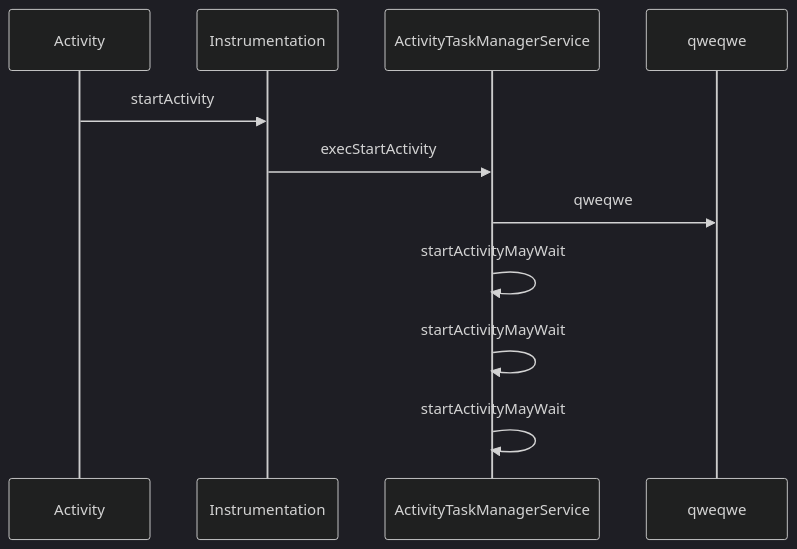
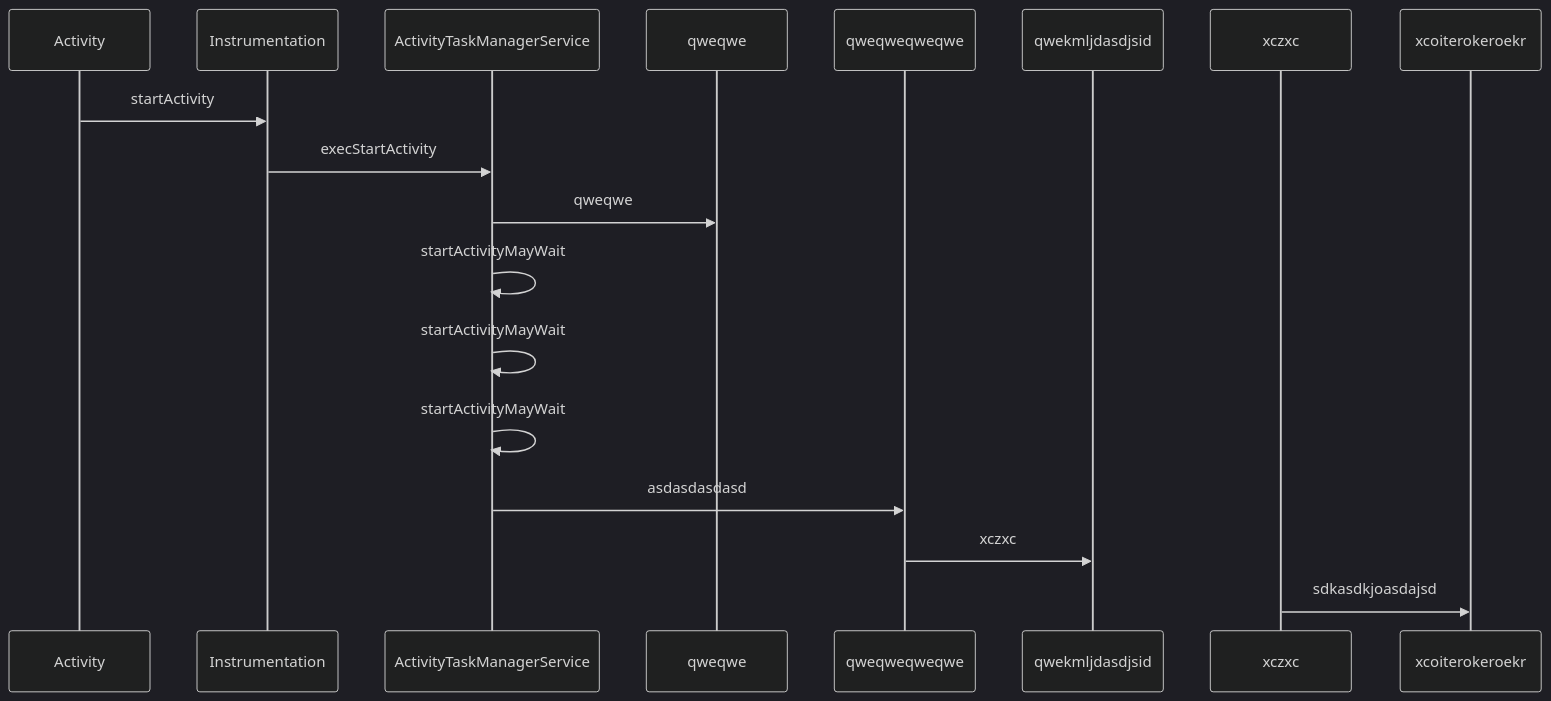
One commit to sweetwong/Android-Interview-QA changed the diagram in test.md. Above: the diagram before and after it, drawn with Mermaid (dark theme).

````diff
--- a/test.md
+++ b/test.md
@@ -1,14 +1,17 @@
 ```mermaid
 
 sequenceDiagram
 
 Activity->>Instrumentation:startActivity
 Instrumentation->>ActivityTaskManagerService:execStartActivity
 ActivityTaskManagerService->>qweqwe:qweqwe
-ActivityTaskManagerService ->> ActivityTaskManagerService: startActivityMayWait
-ActivityTaskManagerService ->> ActivityTaskManagerService: startActivityMayWait
-ActivityTaskManagerService ->> ActivityTaskManagerService: startActivityMayWait
+ActivityTaskManagerService->>ActivityTaskManagerService: startActivityMayWait
+ActivityTaskManagerService->>ActivityTaskManagerService: startActivityMayWait
+ActivityTaskManagerService->>ActivityTaskManagerService: startActivityMayWait
+ActivityTaskManagerService->>qweqweqweqwe:asdasdasdasd
+qweqweqweqwe->>qwekmljdasdjsid:xczxc
+xczxc->>xcoiterokeroekr:sdkasdkjoasdajsd
 
 
 
 ```
````
